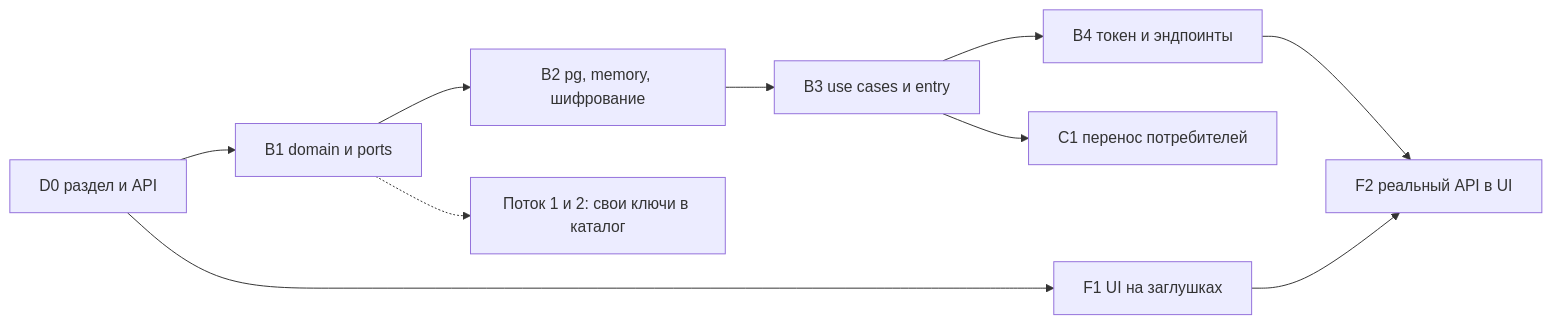
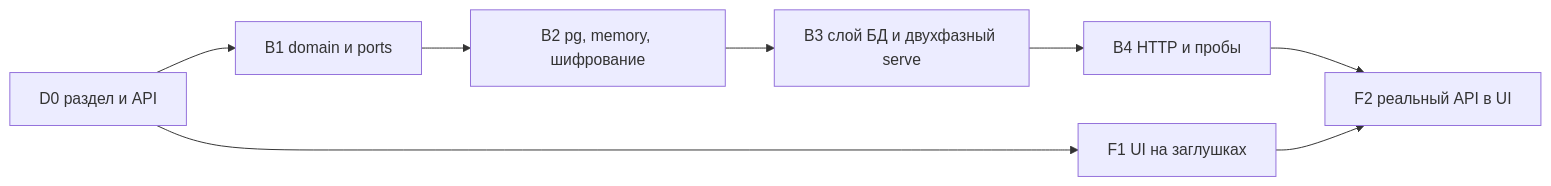
Before and after one commit to izevg/CRANE: the diagram in docs/product/20-settings-onboarding.md, drawn with Mermaid. The commit also changed other lines of this file and 5 other files, not shown here.

````diff
--- a/docs/product/20-settings-onboarding.md
+++ b/docs/product/20-settings-onboarding.md
@@ -279,12 +326,10 @@
 ```mermaid
 flowchart LR
   D0["D0 раздел и API"] --> B1["B1 domain и ports"]
   B1 --> B2["B2 pg, memory, шифрование"]
-  B2 --> B3["B3 use cases и entry"]
-  B3 --> B4["B4 токен и эндпоинты"]
-  B3 --> C1["C1 перенос потребителей"]
+  B2 --> B3["B3 слой БД и двухфазный serve"]
+  B3 --> B4["B4 HTTP и пробы"]
   D0 --> F1["F1 UI на заглушках"]
   B4 --> F2["F2 реальный API в UI"]
   F1 --> F2
-  B1 -.-> S1["Поток 1 и 2: свои ключи в каталог"]
 ```
````
